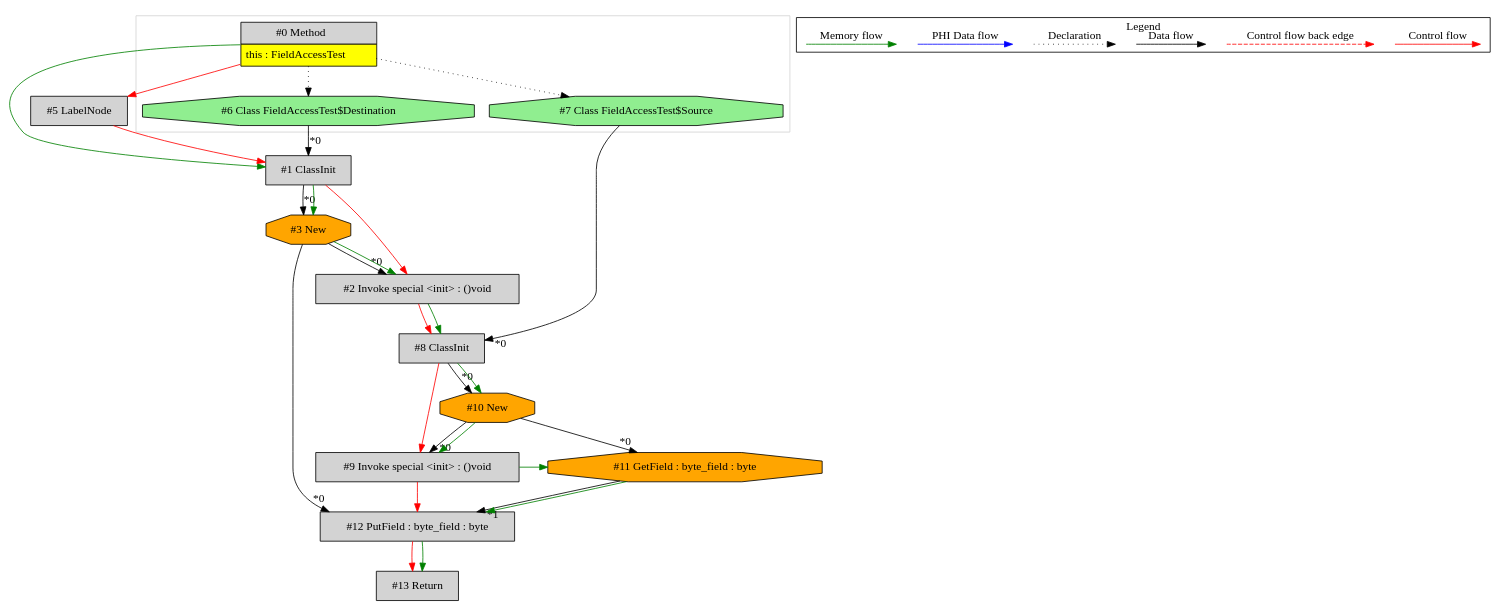
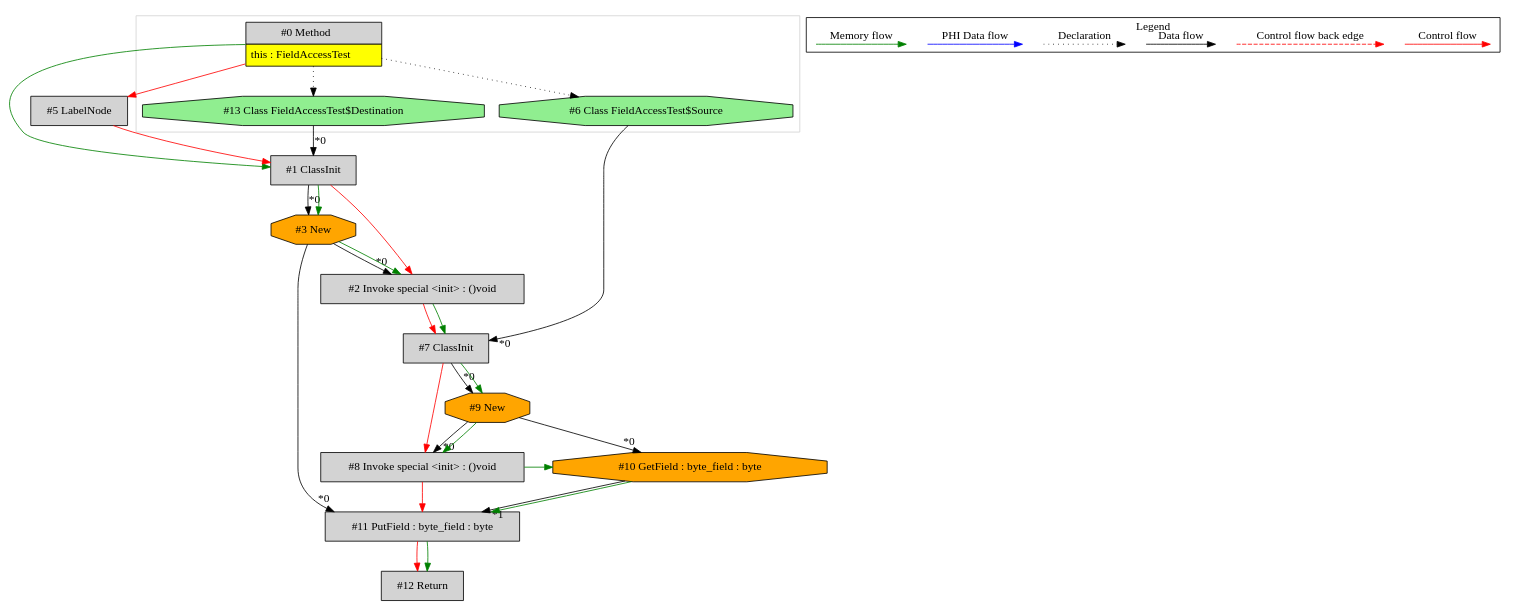
One commit to mirkosertic/MetaIR changed the diagram in de.mirkosertic.metair.ir.examples.FieldAccessTest/copy_byte/ir.dot. Above: the diagram before and after it, drawn with Graphviz. The commit also changed 176 other files, not shown here.

```diff
--- a/de.mirkosertic.metair.ir.examples.FieldAccessTest/copy_byte/ir.dot
+++ b/de.mirkosertic.metair.ir.examples.FieldAccessTest/copy_byte/ir.dot
@@ -1,74 +1,74 @@
 digraph {
  node0[margin="0", label=<<table border="0" cellborder="1" cellspacing="0" cellpadding="5"><tr><td colspan="1">#0 Method</td></tr><tr><td port="prj4" bgcolor="yellow">this : FieldAccessTest</td></tr></table>>,shape=none, fillcolor=lightgrey, style=filled];
+ node5[label="#5 LabelNode",shape=box, fillcolor=lightgrey, style=filled];
+ node0 -> node5[labeldistance=2, color=red, fontcolor=red];
  node1[label="#1 ClassInit",shape=box, fillcolor=lightgrey, style=filled];
- node6 -> node1[headlabel="*0", labeldistance=2];
+ node13 -> node1[headlabel="*0", labeldistance=2];
  node5 -> node1[labeldistance=2, color=red, fontcolor=red];
  node0 -> node1[labeldistance=2, color=green, constraint=false];
- node5[label="#5 LabelNode",shape=box, fillcolor=lightgrey, style=filled];
- node0 -> node5[labeldistance=2, color=red, fontcolor=red];
- node6[label="#6 Class FieldAccessTest$Destination",shape=octagon, fillcolor=lightgreen, style=filled];
- node0 -> node6[style=dotted];
+ node13[label="#13 Class FieldAccessTest$Destination",shape=octagon, fillcolor=lightgreen, style=filled];
+ node0 -> node13[style=dotted];
  node3[label="#3 New",shape=octagon, fillcolor=orange, style=filled];
  node1 -> node3[headlabel="*0", labeldistance=2];
  node1 -> node3[labeldistance=2, color=green, constraint=false];
- node12[label="#12 PutField : byte_field : byte",shape=box, fillcolor=lightgrey, style=filled];
- node3 -> node12[headlabel="*0", labeldistance=2];
- node11 -> node12[headlabel="*1", labeldistance=2];
- node11 -> node12[labeldistance=2, color=green, constraint=false];
- node9 -> node12[labeldistance=2, color=red, fontcolor=red];
- node9[label="#9 Invoke special <init> : ()void",shape=box, fillcolor=lightgrey, style=filled];
- node10 -> node9[headlabel="*0", labeldistance=2];
- node8 -> node9[labeldistance=2, color=red, fontcolor=red];
- node10 -> node9[labeldistance=2, color=green, constraint=false];
- node10[label="#10 New",shape=octagon, fillcolor=orange, style=filled];
- node8 -> node10[headlabel="*0", labeldistance=2];
- node8 -> node10[labeldistance=2, color=green, constraint=false];
- node8[label="#8 ClassInit",shape=box, fillcolor=lightgrey, style=filled];
- node7 -> node8[headlabel="*0", labeldistance=2];
- node2 -> node8[labeldistance=2, color=red, fontcolor=red];
- node2 -> node8[labeldistance=2, color=green, constraint=false];
+ node11[label="#11 PutField : byte_field : byte",shape=box, fillcolor=lightgrey, style=filled];
+ node3 -> node11[headlabel="*0", labeldistance=2];
+ node10 -> node11[headlabel="*1", labeldistance=2];
+ node10 -> node11[labeldistance=2, color=green, constraint=false];
+ node8 -> node11[labeldistance=2, color=red, fontcolor=red];
+ node8[label="#8 Invoke special <init> : ()void",shape=box, fillcolor=lightgrey, style=filled];
+ node9 -> node8[headlabel="*0", labeldistance=2];
+ node7 -> node8[labeldistance=2, color=red, fontcolor=red];
+ node9 -> node8[labeldistance=2, color=green, constraint=false];
+ node9[label="#9 New",shape=octagon, fillcolor=orange, style=filled];
+ node7 -> node9[headlabel="*0", labeldistance=2];
+ node7 -> node9[labeldistance=2, color=green, constraint=false];
+ node7[label="#7 ClassInit",shape=box, fillcolor=lightgrey, style=filled];
+ node6 -> node7[headlabel="*0", labeldistance=2];
+ node2 -> node7[labeldistance=2, color=red, fontcolor=red];
+ node2 -> node7[labeldistance=2, color=green, constraint=false];
  node2[label="#2 Invoke special <init> : ()void",shape=box, fillcolor=lightgrey, style=filled];
  node3 -> node2[headlabel="*0", labeldistance=2];
  node1 -> node2[labeldistance=2, color=red, fontcolor=red];
  node3 -> node2[labeldistance=2, color=green, constraint=false];
- node7[label="#7 Class FieldAccessTest$Source",shape=octagon, fillcolor=lightgreen, style=filled];
- node0 -> node7[style=dotted];
- node11[label="#11 GetField : byte_field : byte",shape=octagon, fillcolor=orange, style=filled];
- node10 -> node11[headlabel="*0", labeldistance=2];
- node9 -> node11[labeldistance=2, color=green, constraint=false];
- node13[label="#13 Return",shape=box, fillcolor=lightgrey, style=filled];
- node12 -> node13[labeldistance=2, color=red, fontcolor=red];
- node12 -> node13[labeldistance=2, color=green, constraint=false];
+ node6[label="#6 Class FieldAccessTest$Source",shape=octagon, fillcolor=lightgreen, style=filled];
+ node0 -> node6[style=dotted];
+ node10[label="#10 GetField : byte_field : byte",shape=octagon, fillcolor=orange, style=filled];
+ node9 -> node10[headlabel="*0", labeldistance=2];
+ node8 -> node10[labeldistance=2, color=green, constraint=false];
+ node12[label="#12 Return",shape=box, fillcolor=lightgrey, style=filled];
+ node11 -> node12[labeldistance=2, color=red, fontcolor=red];
+ node11 -> node12[labeldistance=2, color=green, constraint=false];
  subgraph cluster_0 {
   color=lightgray;
   node0;
   node6;
-  node7;
+  node13;
  }
  subgraph cluster_000 {
   label = "Legend";
   node [shape=point]
   {
    rank=same;
    c0 [style = invis];
    c1 [style = invis];
    c2 [style = invis];
    c3 [style = invis];
    d0 [style = invis];
    d1 [style = invis];
    d2 [style = invis];
    d3 [style = invis];
    d4 [style = invis];
    d5 [style = invis];
    d6 [style = invis];
    d7 [style = invis];
   }
   c0 -> c1 [label="Control flow", style=solid, color=red]
   c2 -> c3 [label="Control flow back edge", style=dashed, color=red]
   d0 -> d1 [label="Data flow"]
   d2 -> d3 [label="Declaration", style=dotted]
   d4 -> d5 [label="PHI Data flow", color=blue]
   d6 -> d7 [label="Memory flow", color=green]
  }
 
 }
```
